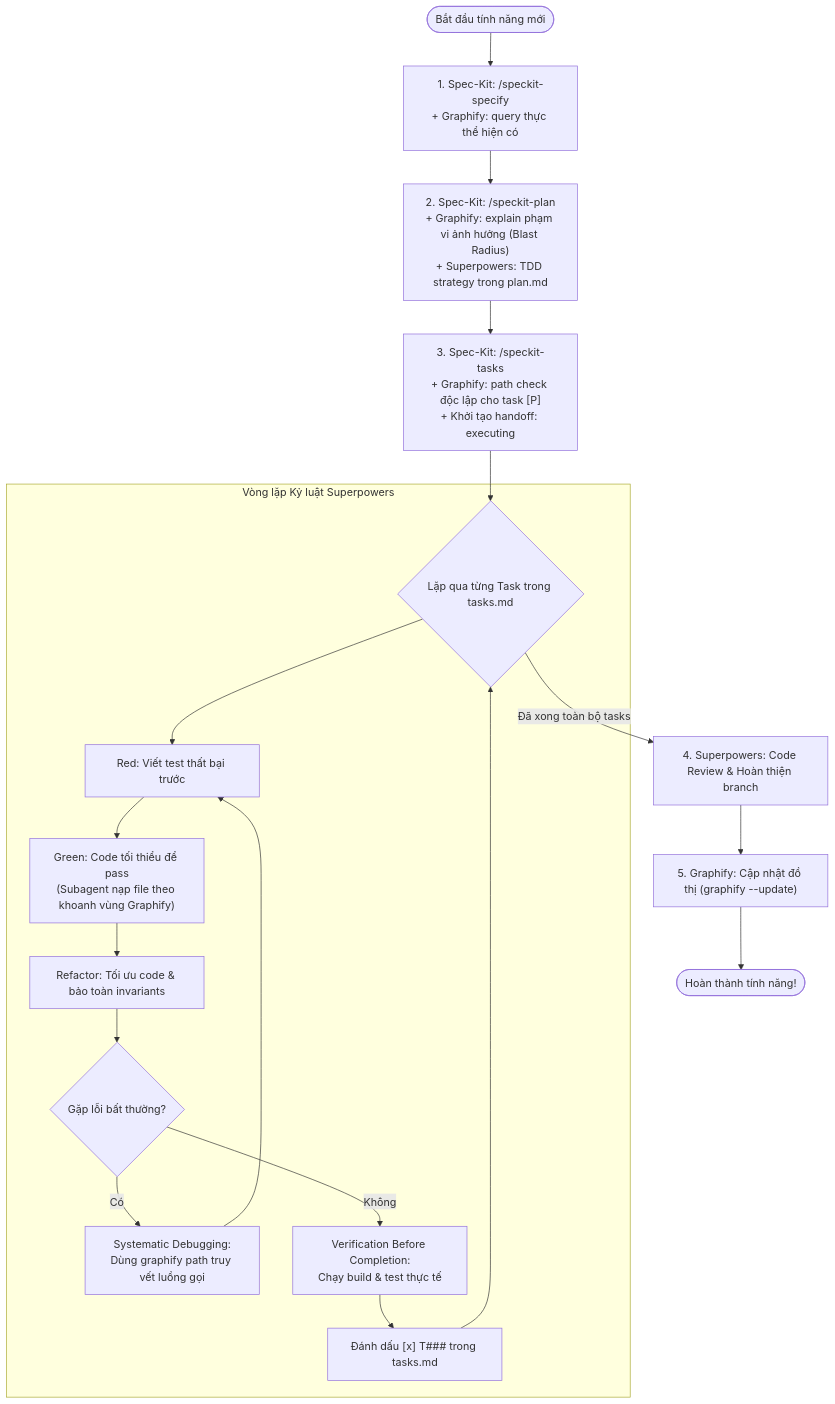
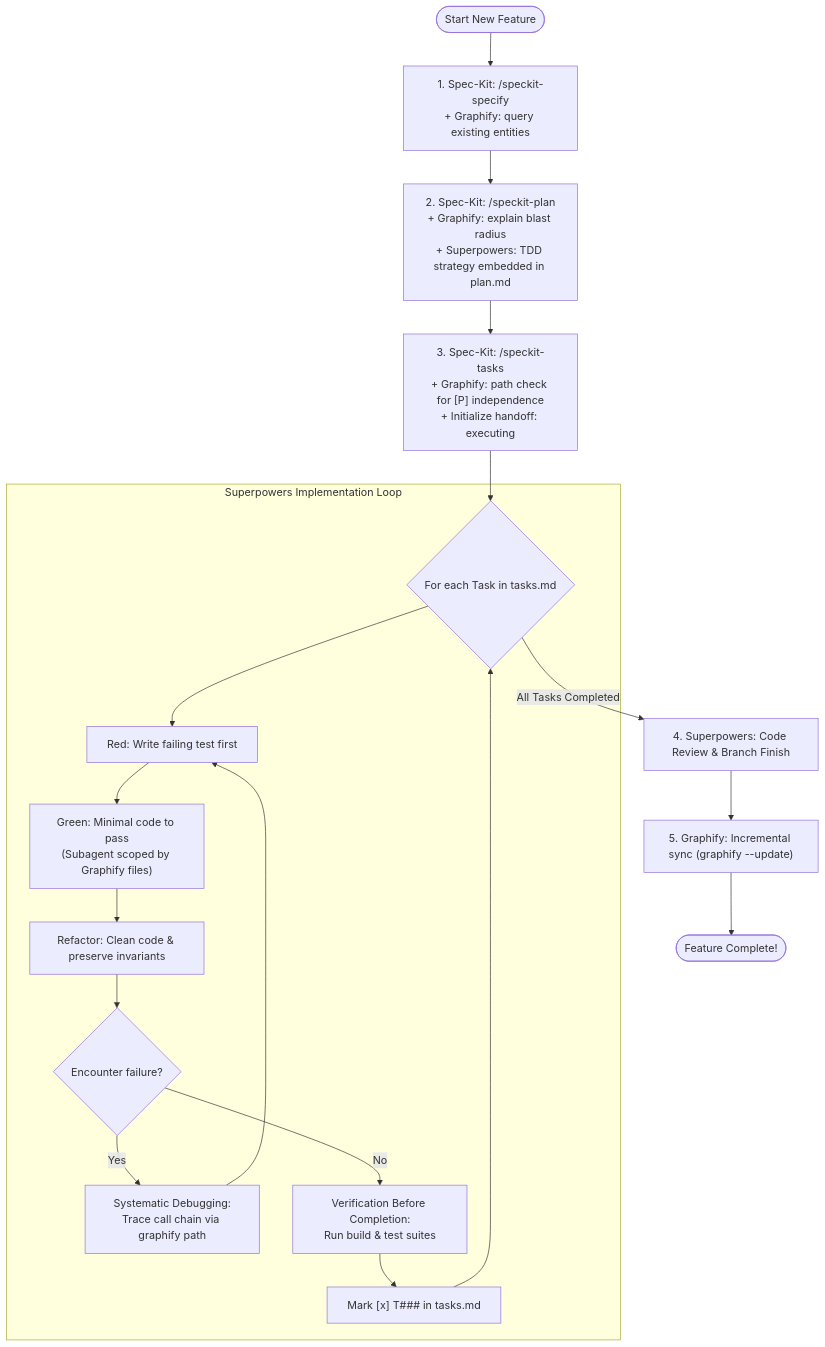
The diagram in README.md (maihcx/GSS-Bridge), drawn with Mermaid before and after one commit. The commit also changed other lines of this file and 3 other files, not shown here.

````diff
--- a/README.md
+++ b/README.md
@@ -62,23 +65,23 @@
 ```mermaid
 flowchart TD
-    Start(["Bắt đầu tính năng mới"]) --> Spec["1. Spec-Kit: /speckit-specify\n+ Graphify: query thực thể hiện có"]
-    Spec --> Plan["2. Spec-Kit: /speckit-plan\n+ Graphify: explain phạm vi ảnh hưởng (Blast Radius)\n+ Superpowers: TDD strategy trong plan.md"]
-    Plan --> Tasks["3. Spec-Kit: /speckit-tasks\n+ Graphify: path check độc lập cho task [P]\n+ Khởi tạo handoff: executing"]
-    Tasks --> Loop{"Lặp qua từng Task trong tasks.md"}
+    Start(["Start New Feature"]) --> Spec["1. Spec-Kit: /speckit-specify\n+ Graphify: query existing entities"]
+    Spec --> Plan["2. Spec-Kit: /speckit-plan\n+ Graphify: explain blast radius\n+ Superpowers: TDD strategy embedded in plan.md"]
+    Plan --> Tasks["3. Spec-Kit: /speckit-tasks\n+ Graphify: path check for [P] independence\n+ Initialize handoff: executing"]
+    Tasks --> Loop{"For each Task in tasks.md"}
     
-    subgraph Execution ["Vòng lặp Kỷ luật Superpowers"]
-        Loop --> TDD_Red["Red: Viết test thất bại trước"]
-        TDD_Red --> TDD_Green["Green: Code tối thiểu để pass\n(Subagent nạp file theo khoanh vùng Graphify)"]
-        TDD_Green --> TDD_Refactor["Refactor: Tối ưu code & bảo toàn invariants"]
-        TDD_Refactor --> DebugCheck{"Gặp lỗi bất thường?"}
-        DebugCheck -- Có --> TraceGraph["Systematic Debugging:\nDùng graphify path truy vết luồng gọi"]
+    subgraph Execution ["Superpowers Implementation Loop"]
+        Loop --> TDD_Red["Red: Write failing test first"]
+        TDD_Red --> TDD_Green["Green: Minimal code to pass\n(Subagent scoped by Graphify files)"]
+        TDD_Green --> TDD_Refactor["Refactor: Clean code & preserve invariants"]
+        TDD_Refactor --> DebugCheck{"Encounter failure?"}
+        DebugCheck -- Yes --> TraceGraph["Systematic Debugging:\nTrace call chain via graphify path"]
         TraceGraph --> TDD_Red
-        DebugCheck -- Không --> Verify["Verification Before Completion:\nChạy build & test thực tế"]
-        Verify --> CheckTask["Đánh dấu [x] T### trong tasks.md"]
+        DebugCheck -- No --> Verify["Verification Before Completion:\nRun build & test suites"]
+        Verify --> CheckTask["Mark [x] T### in tasks.md"]
     end
     
     CheckTask --> Loop
-    Loop -- "Đã xong toàn bộ tasks" --> Review["4. Superpowers: Code Review & Hoàn thiện branch"]
-    Review --> GraphSync["5. Graphify: Cập nhật đồ thị (graphify --update)"]
-    GraphSync --> Complete(["Hoàn thành tính năng!"])
+    Loop -- "All Tasks Completed" --> Review["4. Superpowers: Code Review & Branch Finish"]
+    Review --> GraphSync["5. Graphify: Incremental sync (graphify --update)"]
+    GraphSync --> Complete(["Feature Complete!"])
 ```
````
